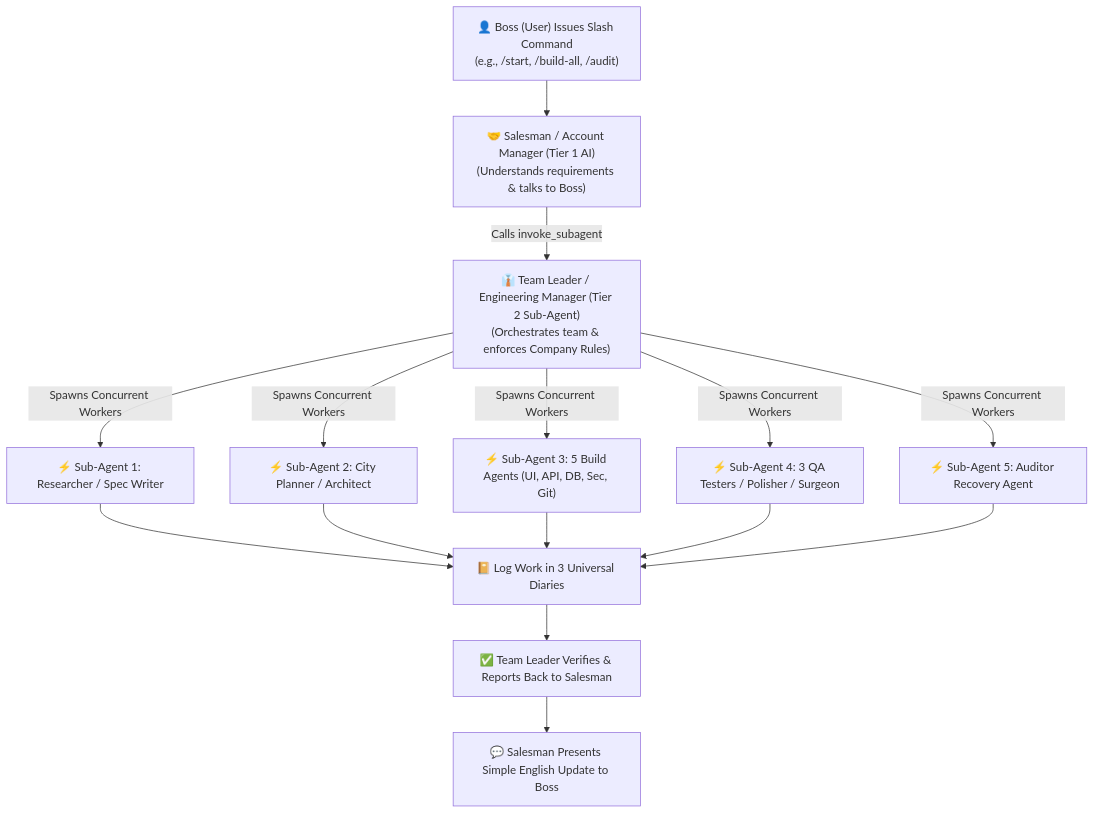
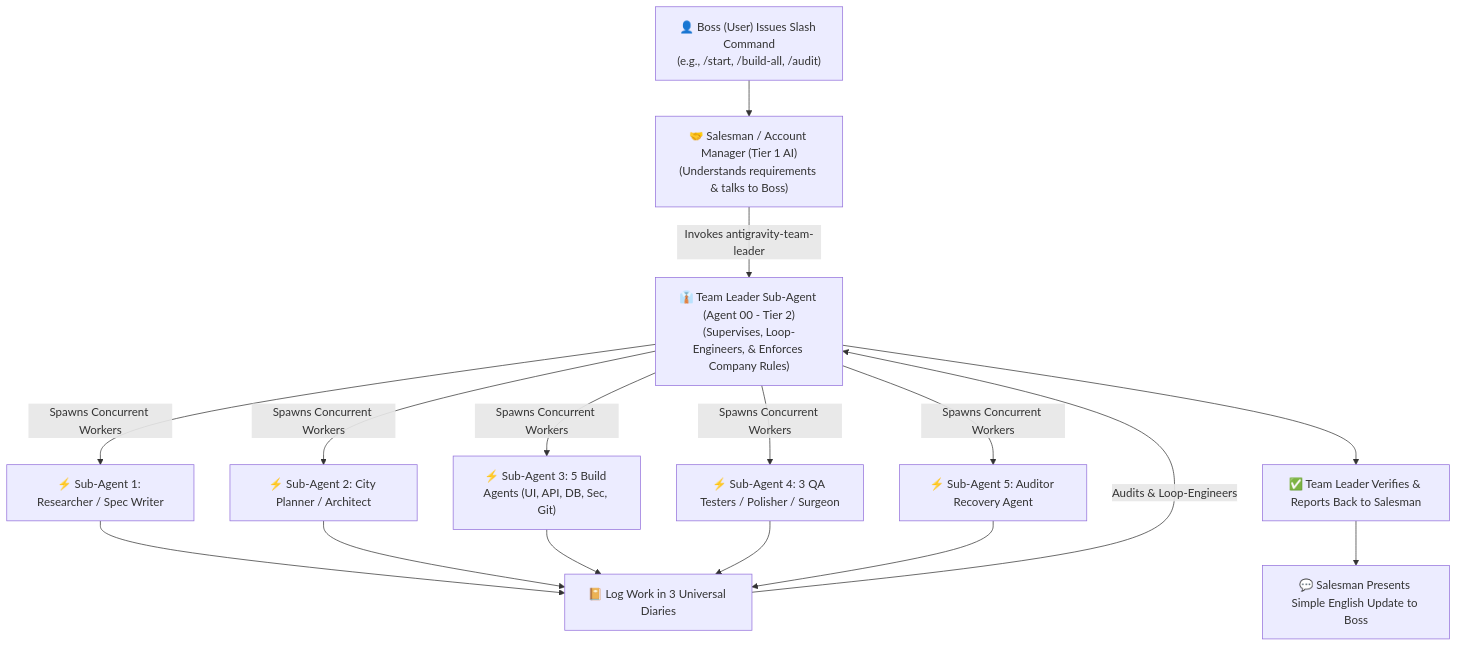
Before and after one commit to aipro831gith/skills_bundle_by_sujal: the diagram in README.md, drawn with Mermaid. The commit also changed other lines of this file and 3 other files, not shown here.

Commit message:
Add dedicated Team Leader skill (antigravity-team-leader) and integrate with /start and /end

````diff
--- a/README.md
+++ b/README.md
@@ -9,13 +9,14 @@
 ```mermaid
 flowchart TD
     A["👤 Boss (User) Issues Slash Command\n(e.g., /start, /build-all, /audit)"] --> B["🤝 Salesman / Account Manager (Tier 1 AI)\n(Understands requirements & talks to Boss)"]
-    B -->|Calls invoke_subagent| C["👔 Team Leader / Engineering Manager (Tier 2 Sub-Agent)\n(Orchestrates team & enforces Company Rules)"]
+    B -->|Invokes antigravity-team-leader| C["👔 Team Leader Sub-Agent (Agent 00 - Tier 2)\n(Supervises, Loop-Engineers, & Enforces Company Rules)"]
     C -->|Spawns Concurrent Workers| D1["⚡ Sub-Agent 1: Researcher / Spec Writer"]
     C -->|Spawns Concurrent Workers| D2["⚡ Sub-Agent 2: City Planner / Architect"]
     C -->|Spawns Concurrent Workers| D3["⚡ Sub-Agent 3: 5 Build Agents (UI, API, DB, Sec, Git)"]
     C -->|Spawns Concurrent Workers| D4["⚡ Sub-Agent 4: 3 QA Testers / Polisher / Surgeon"]
     C -->|Spawns Concurrent Workers| D5["⚡ Sub-Agent 5: Auditor Recovery Agent"]
     D1 & D2 & D3 & D4 & D5 --> E["📔 Log Work in 3 Universal Diaries"]
-    E --> F["✅ Team Leader Verifies & Reports Back to Salesman"]
+    E -->|Audits & Loop-Engineers| C
+    C --> F["✅ Team Leader Verifies & Reports Back to Salesman"]
     F --> G["💬 Salesman Presents Simple English Update to Boss"]
 ```
````
